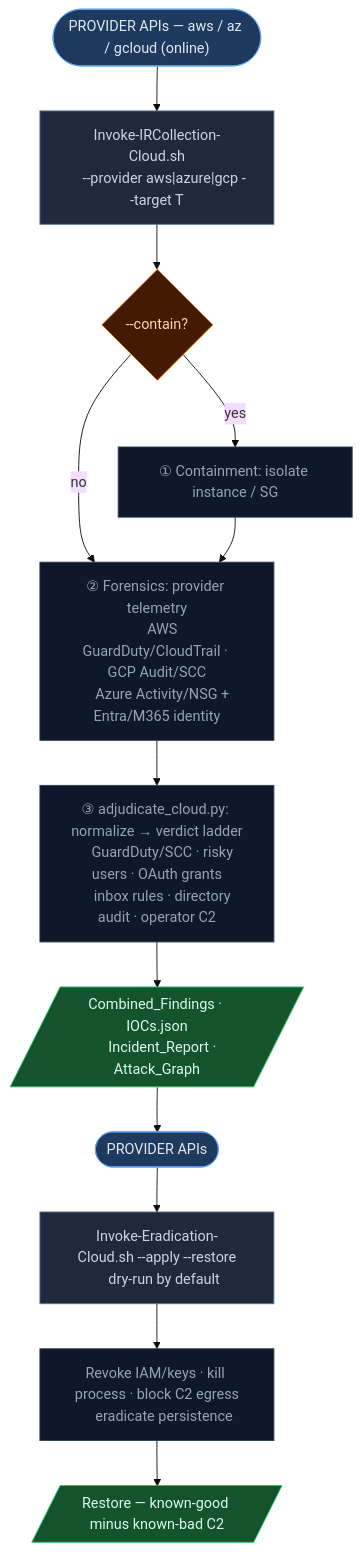
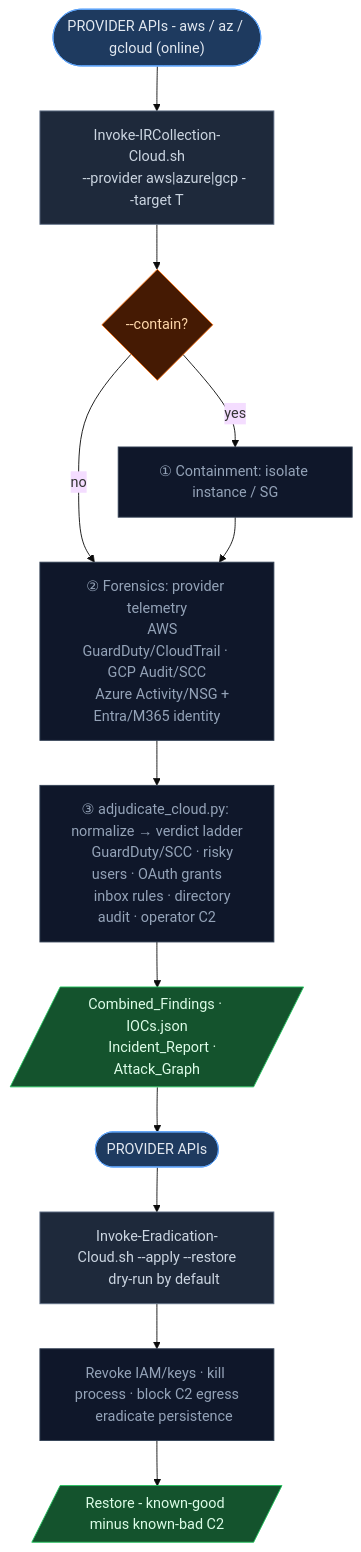
One commit to robert-iw3/ir_toolkit changed the diagram in WORKFLOW-CLOUD.md. Above: the diagram before and after it, drawn with Mermaid (base theme). The commit also changed other lines of this file and 72 other files, not shown here.

````diff
--- a/WORKFLOW-CLOUD.md
+++ b/WORKFLOW-CLOUD.md
@@ -13,30 +13,30 @@
 ```mermaid
 flowchart TD
-    B0(["PROVIDER APIs — aws / az / gcloud (online)"]):::phase
+    B0(["PROVIDER APIs - aws / az / gcloud (online)"]):::phase
     B0 --> B1["Invoke-IRCollection-Cloud.sh
     --provider aws|azure|gcp --target T"]:::tool
     B1 --> B2{"--contain?"}:::decision
     B2 -->|yes| B3["① Containment: isolate instance / SG"]:::step
     B2 -->|no| B4
     B3 --> B4["② Forensics: provider telemetry
     AWS GuardDuty/CloudTrail · GCP Audit/SCC
     Azure Activity/NSG + Entra/M365 identity"]:::step
     B4 --> B5["③ adjudicate_cloud.py: normalize → verdict ladder
     GuardDuty/SCC · risky users · OAuth grants
     inbox rules · directory audit · operator C2"]:::step
     B5 --> B6[/"Combined_Findings · IOCs.json
     Incident_Report · Attack_Graph"/]:::artifact
 
     B6 --> D0(["PROVIDER APIs"]):::phase
     D0 --> D1["Invoke-Eradication-Cloud.sh --apply --restore
     dry-run by default"]:::tool
     D1 --> D2["Revoke IAM/keys · kill process · block C2 egress
     eradicate persistence"]:::step
-    D2 --> D3[/"Restore — known-good minus known-bad C2"/]:::artifact
+    D2 --> D3[/"Restore - known-good minus known-bad C2"/]:::artifact
 
     classDef phase fill:#1e3a5f,stroke:#60a5fa,color:#e2e8f0,rx:20
     classDef tool  fill:#1e293b,stroke:#64748b,color:#cbd5e1
     classDef step  fill:#0f172a,stroke:#334155,color:#94a3b8
     classDef artifact fill:#14532d,stroke:#22c55e,color:#dcfce7
     classDef decision fill:#451a03,stroke:#f97316,color:#fed7aa
 ```
````
